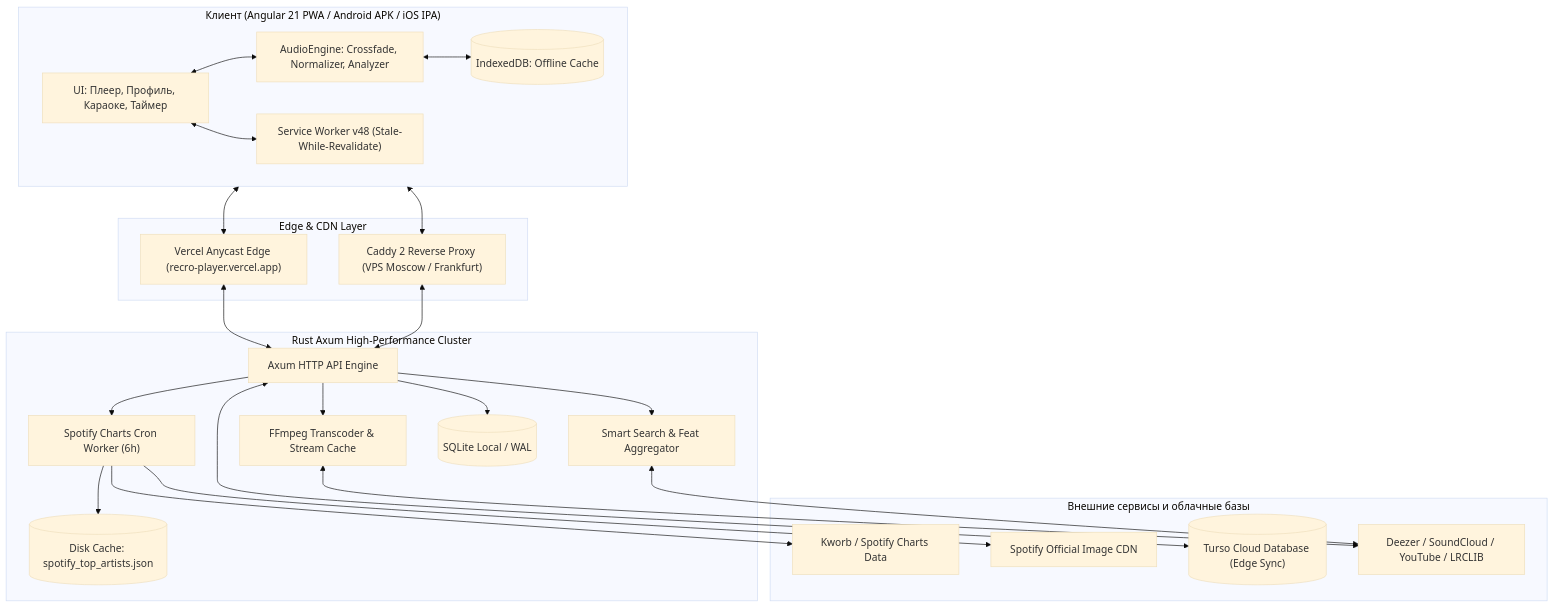
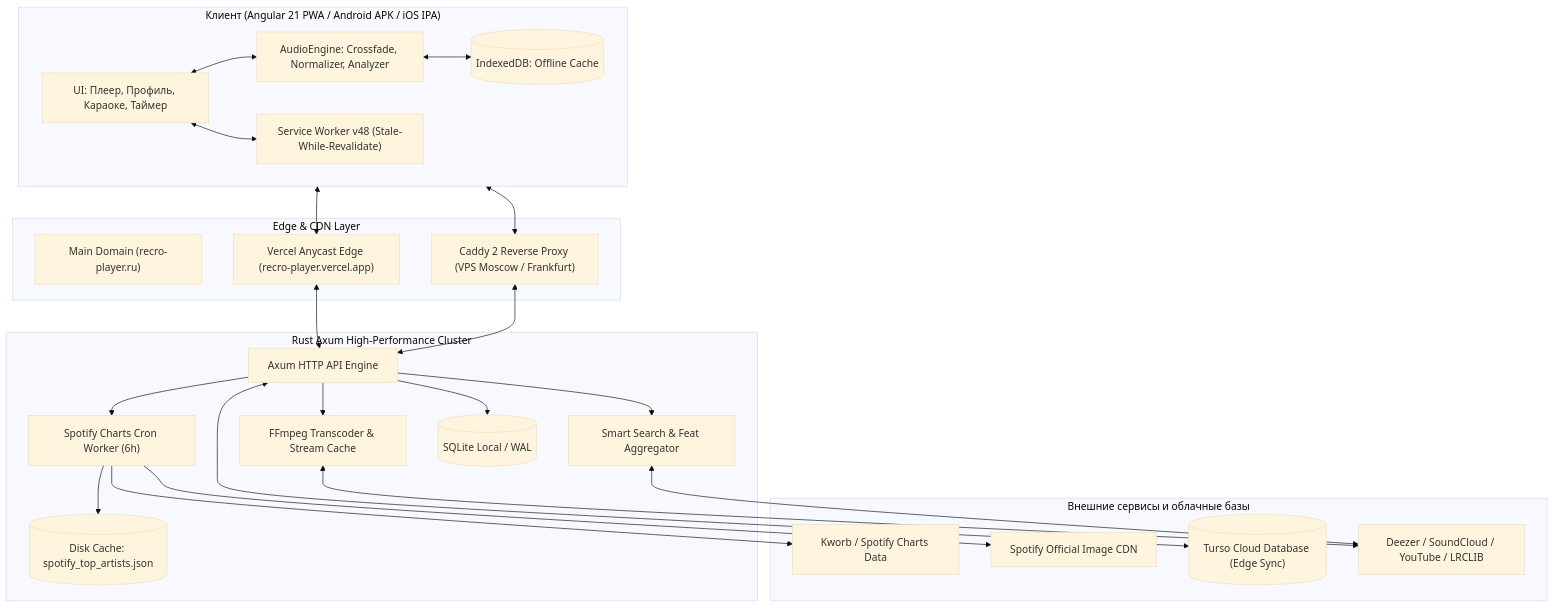
One commit to Ren4ik7284/Recro changed the diagram in README.md. Above: the diagram before and after it, drawn with Mermaid (base theme). The commit also changed other lines of this file and 14 other files, not shown here.

Commit message:
docs & infra: update domain to recro-player.ru across readme, configs and app

````diff
--- a/README.md
+++ b/README.md
@@ -116,49 +117,50 @@
 ```mermaid
 flowchart TD
     subgraph Client["Клиент (Angular 21 PWA / Android APK / iOS IPA)"]
         UI["UI: Плеер, Профиль, Караоке, Таймер"]
         AudioEng["AudioEngine: Crossfade, Normalizer, Analyzer"]
         OfflineStore[("IndexedDB: Offline Cache")]
         SW["Service Worker v48 (Stale-While-Revalidate)"]
         UI <--> AudioEng
         AudioEng <--> OfflineStore
         UI <--> SW
     end
 
     subgraph CDN["Edge & CDN Layer"]
+        WebDomain["Main Domain (recro-player.ru)"]
         VercelCDN["Vercel Anycast Edge (recro-player.vercel.app)"]
         CaddyGate["Caddy 2 Reverse Proxy (VPS Moscow / Frankfurt)"]
     end
 
     subgraph Backend["Rust Axum High-Performance Cluster"]
         Router["Axum HTTP API Engine"]
         SpotifyWorker["Spotify Charts Cron Worker (6h)"]
         StreamEng["FFmpeg Transcoder & Stream Cache"]
         SearchEng["Smart Search & Feat Aggregator"]
         DiscCache[("Disk Cache: spotify_top_artists.json")]
         LocalDB[("SQLite Local / WAL")]
 
         Router --> StreamEng
         Router --> SearchEng
         Router --> SpotifyWorker
         SpotifyWorker --> DiscCache
         Router --> LocalDB
     end
 
     subgraph Cloud["Внешние сервисы и облачные базы"]
         Kworb["Kworb / Spotify Charts Data"]
         SpotifyCDN["Spotify Official Image CDN"]
         TursoCloud[("Turso Cloud Database (Edge Sync)")]
         Sources["Deezer / SoundCloud / YouTube / LRCLIB"]
     end
 
     Client <--> VercelCDN
     Client <--> CaddyGate
     VercelCDN <--> Router
     CaddyGate <--> Router
     SpotifyWorker --> Kworb
     SpotifyWorker --> SpotifyCDN
     Router <--> TursoCloud
     StreamEng <--> Sources
     SearchEng <--> Sources
 ```
````
